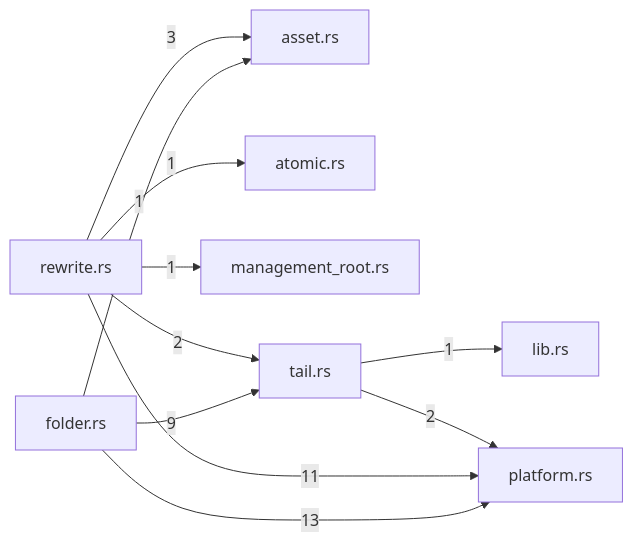
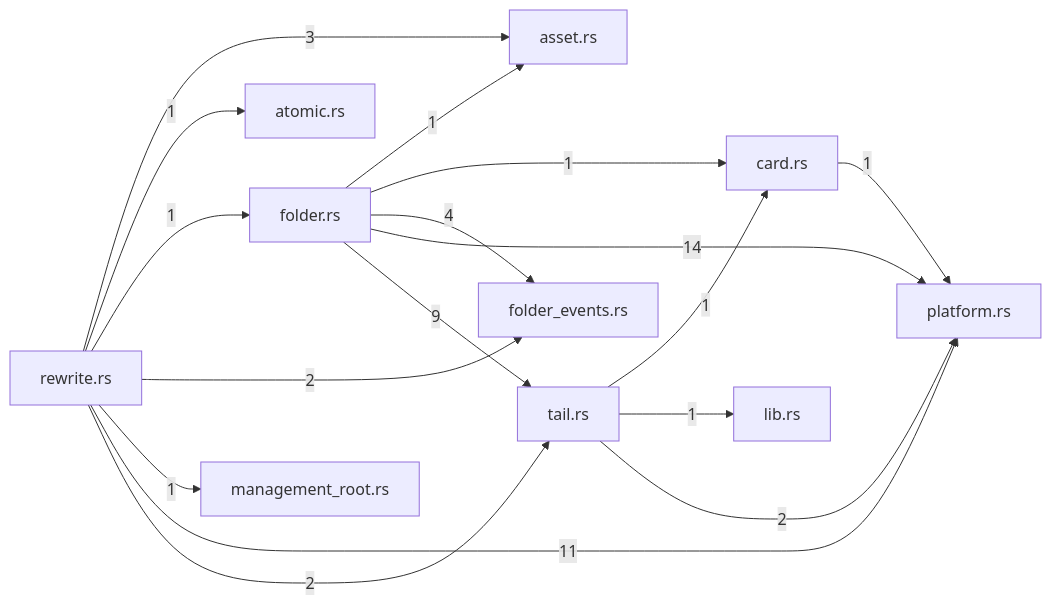
The diagram in crates/store/docs/generated/index.md (TekesApps/TekesKernel), drawn with Mermaid before and after one commit. The commit also changed other lines of this file and 125 other files, not shown here.

````diff
--- a/crates/store/docs/generated/index.md
+++ b/crates/store/docs/generated/index.md
@@ -39,21 +43,29 @@
 ```mermaid
 flowchart LR
   m0["asset.rs"]
   m1["atomic.rs"]
-  m2["folder.rs"]
-  m3["lib.rs"]
-  m4["management_root.rs"]
-  m5["platform.rs"]
-  m6["rewrite.rs"]
-  m7["tail.rs"]
-  m2 -->|"1"| m0
-  m2 -->|"13"| m5
-  m2 -->|"9"| m7
-  m6 -->|"3"| m0
-  m6 -->|"1"| m1
-  m6 -->|"1"| m4
-  m6 -->|"11"| m5
-  m6 -->|"2"| m7
-  m7 -->|"1"| m3
-  m7 -->|"2"| m5
+  m2["card.rs"]
+  m3["folder.rs"]
+  m4["folder_events.rs"]
+  m5["lib.rs"]
+  m6["management_root.rs"]
+  m7["platform.rs"]
+  m8["rewrite.rs"]
+  m9["tail.rs"]
+  m2 -->|"1"| m7
+  m3 -->|"1"| m0
+  m3 -->|"1"| m2
+  m3 -->|"4"| m4
+  m3 -->|"14"| m7
+  m3 -->|"9"| m9
+  m8 -->|"3"| m0
+  m8 -->|"1"| m1
+  m8 -->|"1"| m3
+  m8 -->|"2"| m4
+  m8 -->|"1"| m6
+  m8 -->|"11"| m7
+  m8 -->|"2"| m9
+  m9 -->|"1"| m2
+  m9 -->|"1"| m5
+  m9 -->|"2"| m7
 ```
````
